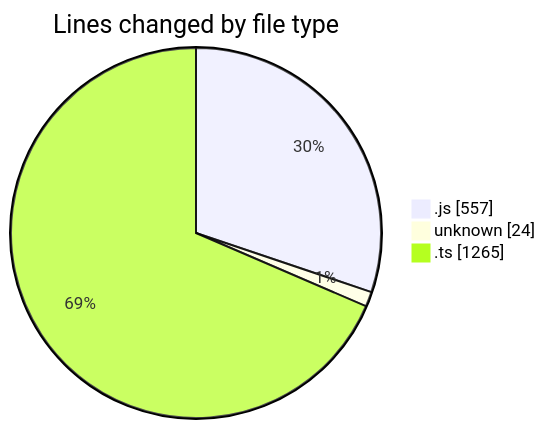
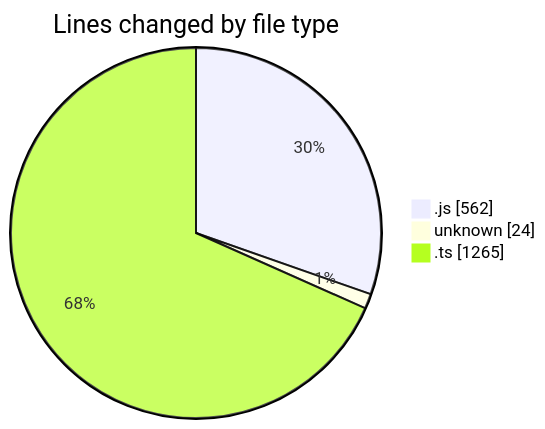
One commit to momahboobian/code-tracking changed the first of 2 diagrams in 2025-02-05/cda/README.md. Above: the diagram before and after it, drawn with Mermaid. The commit also changed other lines of this file and 1 other file, not shown here.

````diff
--- a/2025-02-05/cda/README.md
+++ b/2025-02-05/cda/README.md
@@ -32,7 +32,7 @@
 ```mermaid
 pie showData
 title Lines changed by file type
-".js" : 557
+".js" : 562
 "unknown" : 24
 ".ts" : 1265
 ```
````
